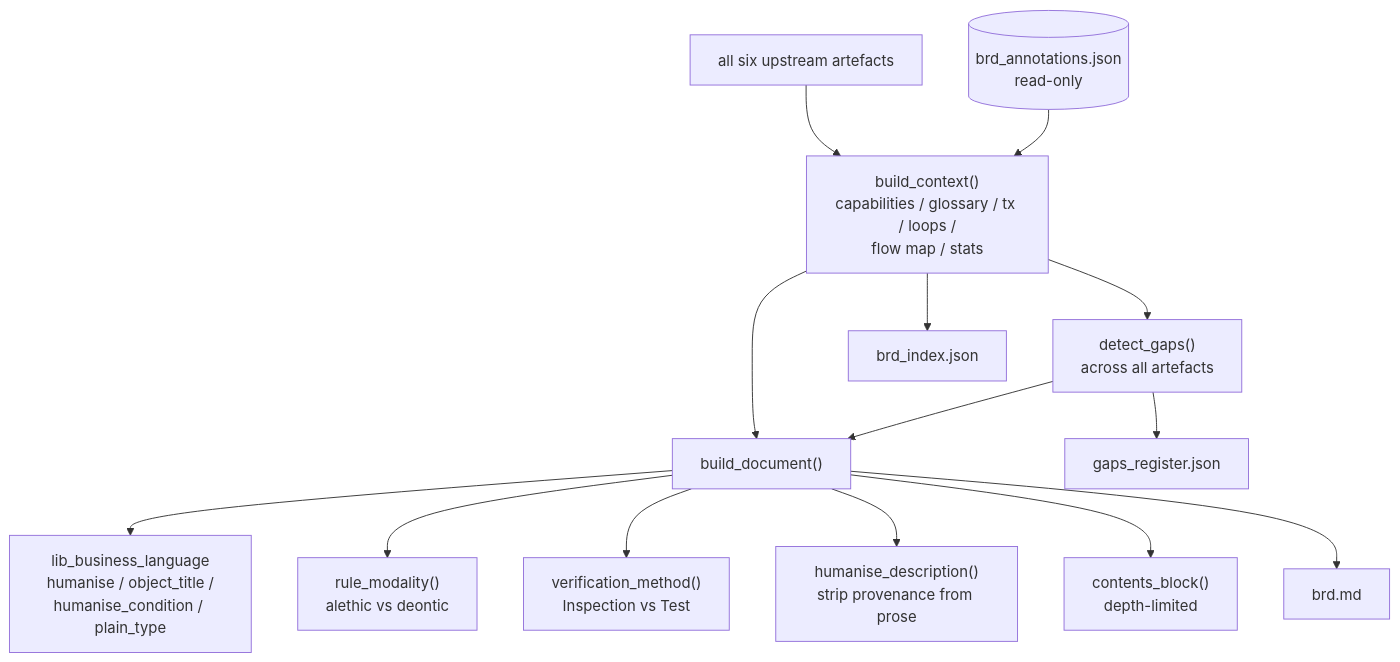
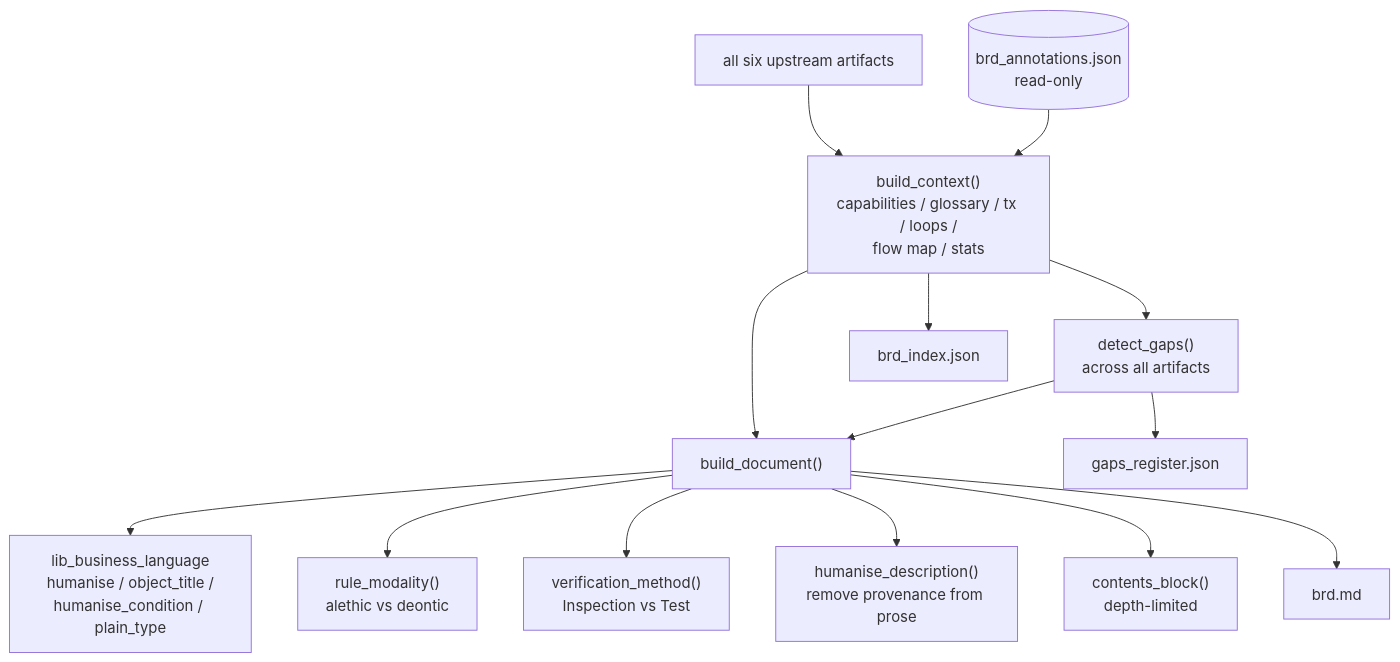
One commit to KrishnaAnnavaram/statute changed diagram 15 of 17 in README.md. Above: the diagram before and after it, drawn with Mermaid. The commit also changed other lines of this file and 1 other file, not shown here.

````diff
--- a/README.md
+++ b/README.md
@@ -753,16 +927,16 @@
 ```mermaid
 flowchart TD
-    A1..6["all six upstream artefacts"] --> CTX["build_context()<br/>capabilities / glossary / tx / loops /<br/>flow map / stats"]
+    A1..6["all six upstream artifacts"] --> CTX["build_context()<br/>capabilities / glossary / tx / loops /<br/>flow map / stats"]
     ANN[("brd_annotations.json<br/>read-only")] --> CTX
-    CTX --> GAPS["detect_gaps()<br/>across all artefacts"]
+    CTX --> GAPS["detect_gaps()<br/>across all artifacts"]
     CTX --> DOC["build_document()"]
     GAPS --> DOC
     DOC --> BL["lib_business_language<br/>humanise / object_title /<br/>humanise_condition / plain_type"]
     DOC --> MOD["rule_modality()<br/>alethic vs deontic"]
     DOC --> VER["verification_method()<br/>Inspection vs Test"]
-    DOC --> PROV["humanise_description()<br/>strip provenance from prose"]
+    DOC --> PROV["humanise_description()<br/>remove provenance from prose"]
     DOC --> TOC["contents_block()<br/>depth-limited"]
     DOC --> MD["brd.md"]
     CTX --> IDX["brd_index.json"]
     GAPS --> REG["gaps_register.json"]
 ```
````
